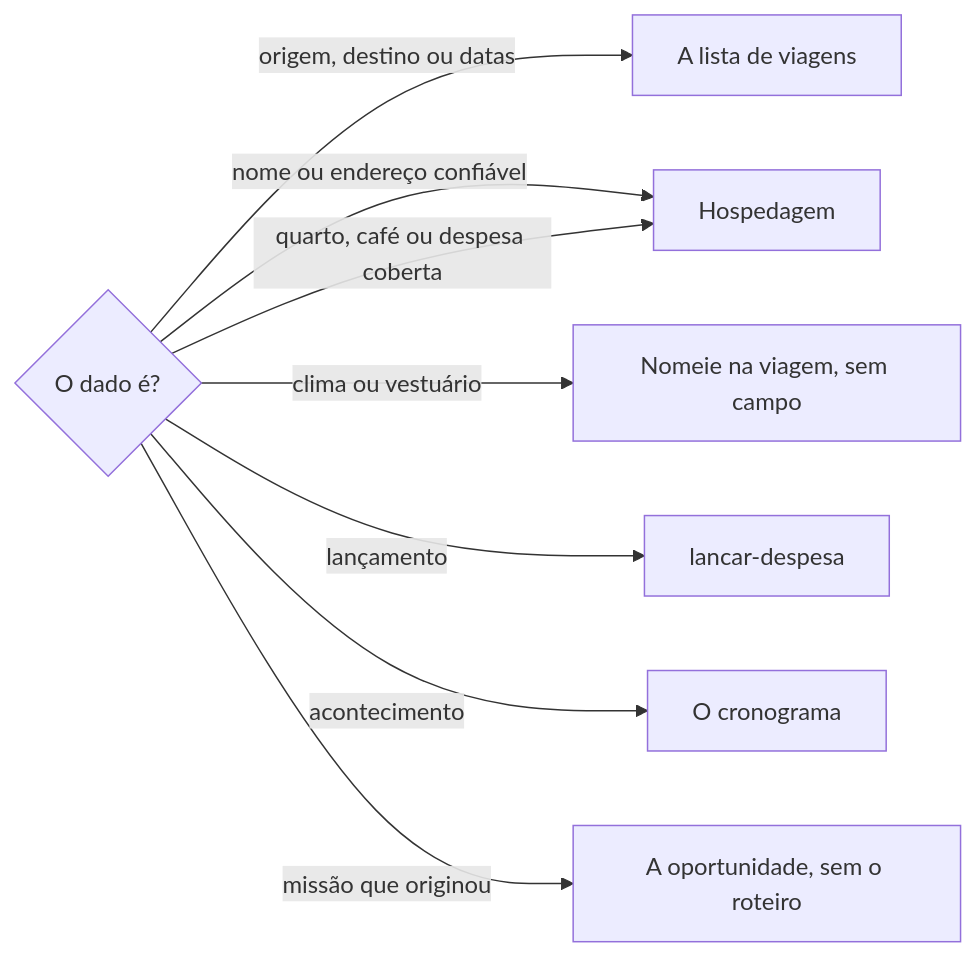
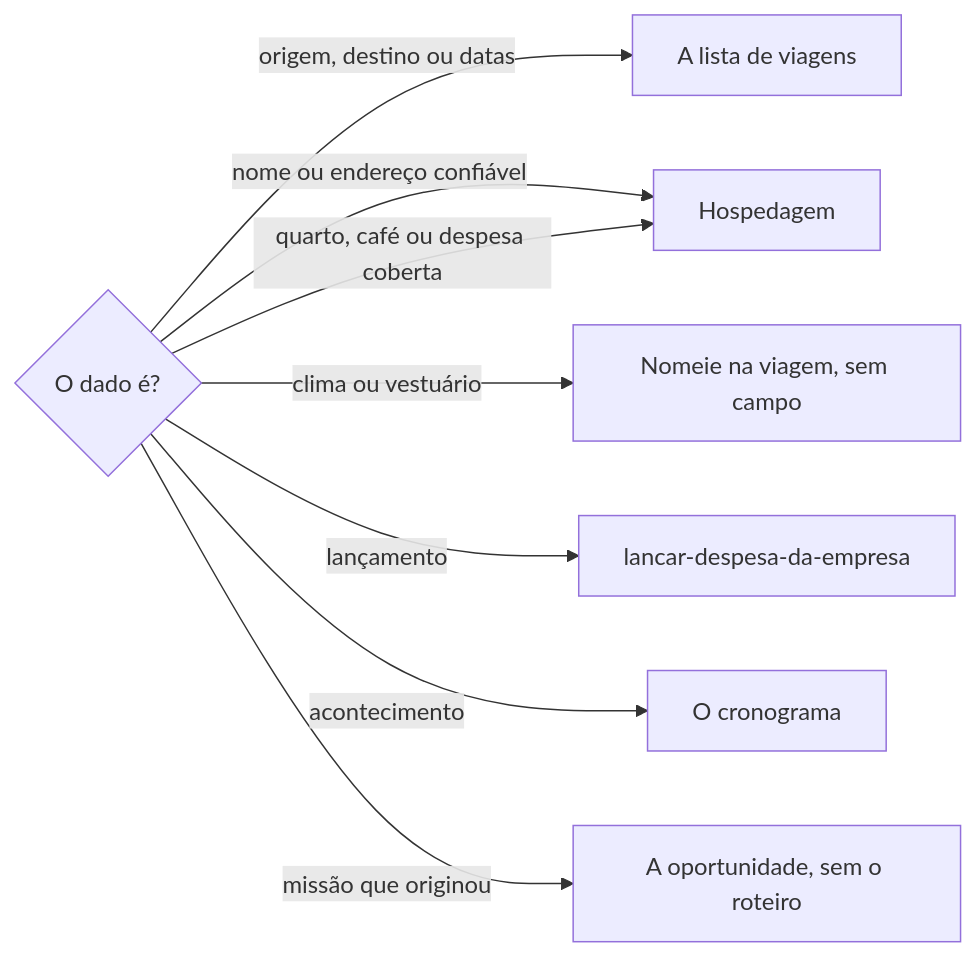
One commit to jimmyandrade/harness changed the ninth of 13 diagrams in .agents/skills/definir-viagem/SKILL.md. Above: the diagram before and after it, drawn with Mermaid. The commit also changed other lines of this file and 16 other files, not shown here.

First line of the commit message:
feat(lancar-despesa-da-empresa)!: name the company in the expense skill

````diff
--- a/.agents/skills/definir-viagem/SKILL.md
+++ b/.agents/skills/definir-viagem/SKILL.md
@@ -123,10 +123,10 @@
 ```mermaid
 flowchart LR
   I{O dado é?} -->|origem, destino ou datas| V[A lista de viagens]
   I -->|nome ou endereço confiável| H[Hospedagem]
   I -->|quarto, café ou despesa coberta| H
   I -->|clima ou vestuário| L[Nomeie na viagem, sem campo]
-  I -->|lançamento| E[lancar-despesa]
+  I -->|lançamento| E[lancar-despesa-da-empresa]
   I -->|acontecimento| K[O cronograma]
   I -->|missão que originou| O[A oportunidade, sem o roteiro]
 ```
````
